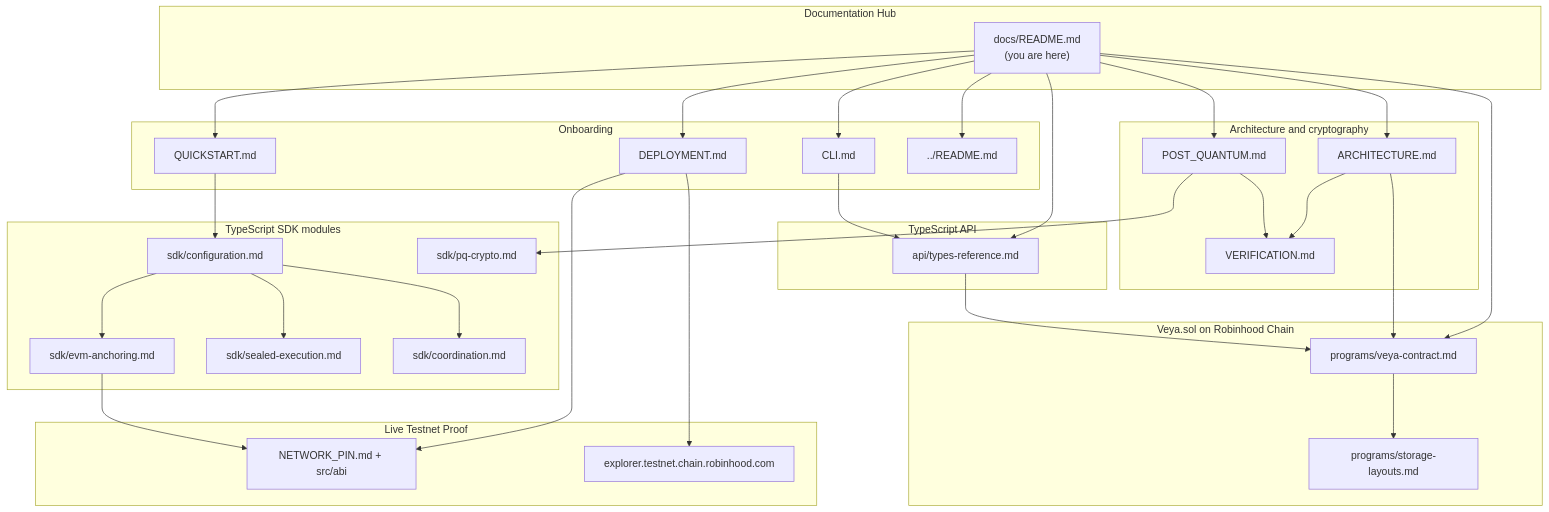
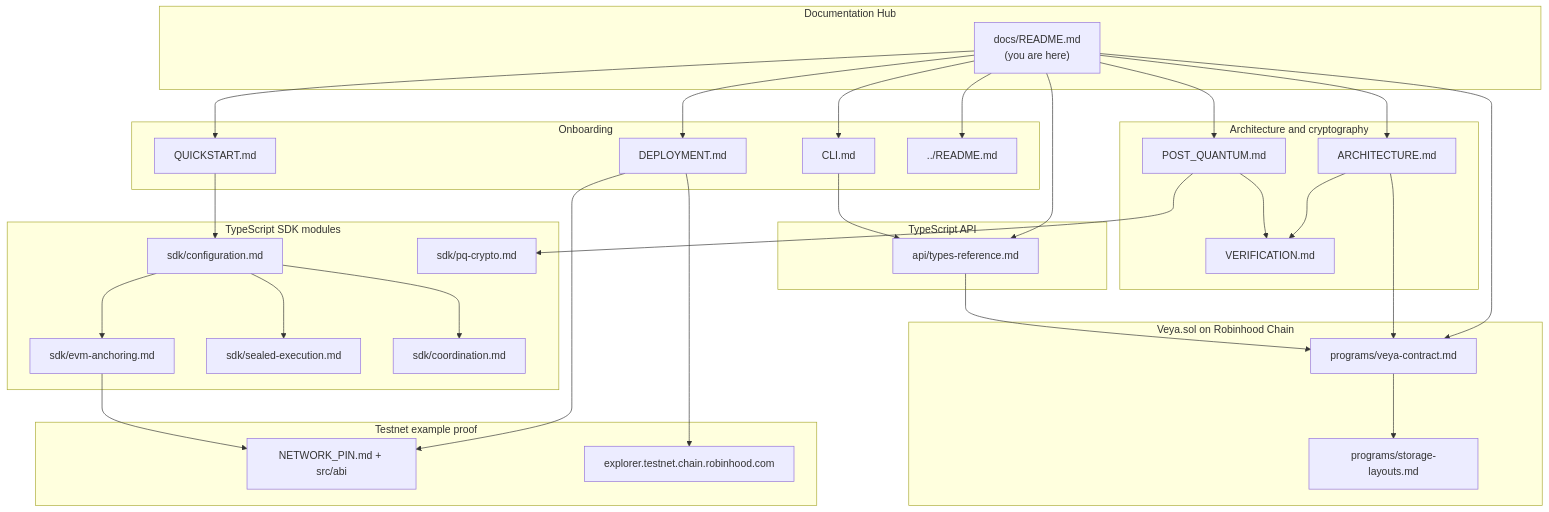
Before and after one commit to veyanet/veya-sdk: the first of 7 diagrams in docs/README.md, drawn with Mermaid. The commit also changed other lines of this file, not shown here.

````diff
--- a/docs/README.md
+++ b/docs/README.md
@@ -91,64 +84,64 @@
 ```mermaid
 flowchart TB
     subgraph Hub["Documentation Hub"]
         README["docs/README.md\n(you are here)"]
     end
 
     subgraph Onboarding["Onboarding"]
         QS["QUICKSTART.md"]
         CLI["CLI.md"]
         DEPLOY["DEPLOYMENT.md"]
         PKG["../README.md"]
     end
 
     subgraph Core["Architecture and cryptography"]
         ARCH["ARCHITECTURE.md"]
         PQ["POST_QUANTUM.md"]
         VERIFY["VERIFICATION.md"]
     end
 
     subgraph OnChain["Veya.sol on Robinhood Chain"]
         PROG["programs/veya-contract.md"]
         STOR["programs/storage-layouts.md"]
     end
 
     subgraph SDKDocs["TypeScript SDK modules"]
         CFG["sdk/configuration.md"]
         PQSDK["sdk/pq-crypto.md"]
         EVM["sdk/evm-anchoring.md"]
         SEAL["sdk/sealed-execution.md"]
         COORD["sdk/coordination.md"]
     end
 
     subgraph API["TypeScript API"]
         TYPES["api/types-reference.md"]
     end
 
-    subgraph Live["Live Testnet Proof"]
+    subgraph Live["Testnet example proof"]
         JSON["NETWORK_PIN.md + src/abi"]
         EXPL["explorer.testnet.chain.robinhood.com"]
     end
 
     README --> PKG
     README --> QS
     README --> CLI
     README --> DEPLOY
     README --> ARCH
     README --> PQ
     README --> PROG
     README --> TYPES
     QS --> CFG
     ARCH --> PROG
     ARCH --> VERIFY
     PQ --> PQSDK
     PQ --> VERIFY
     PROG --> STOR
     CFG --> EVM
     CFG --> SEAL
     CFG --> COORD
     TYPES --> PROG
     DEPLOY --> JSON
     DEPLOY --> EXPL
     CLI --> TYPES
     EVM --> JSON
 ```
````
